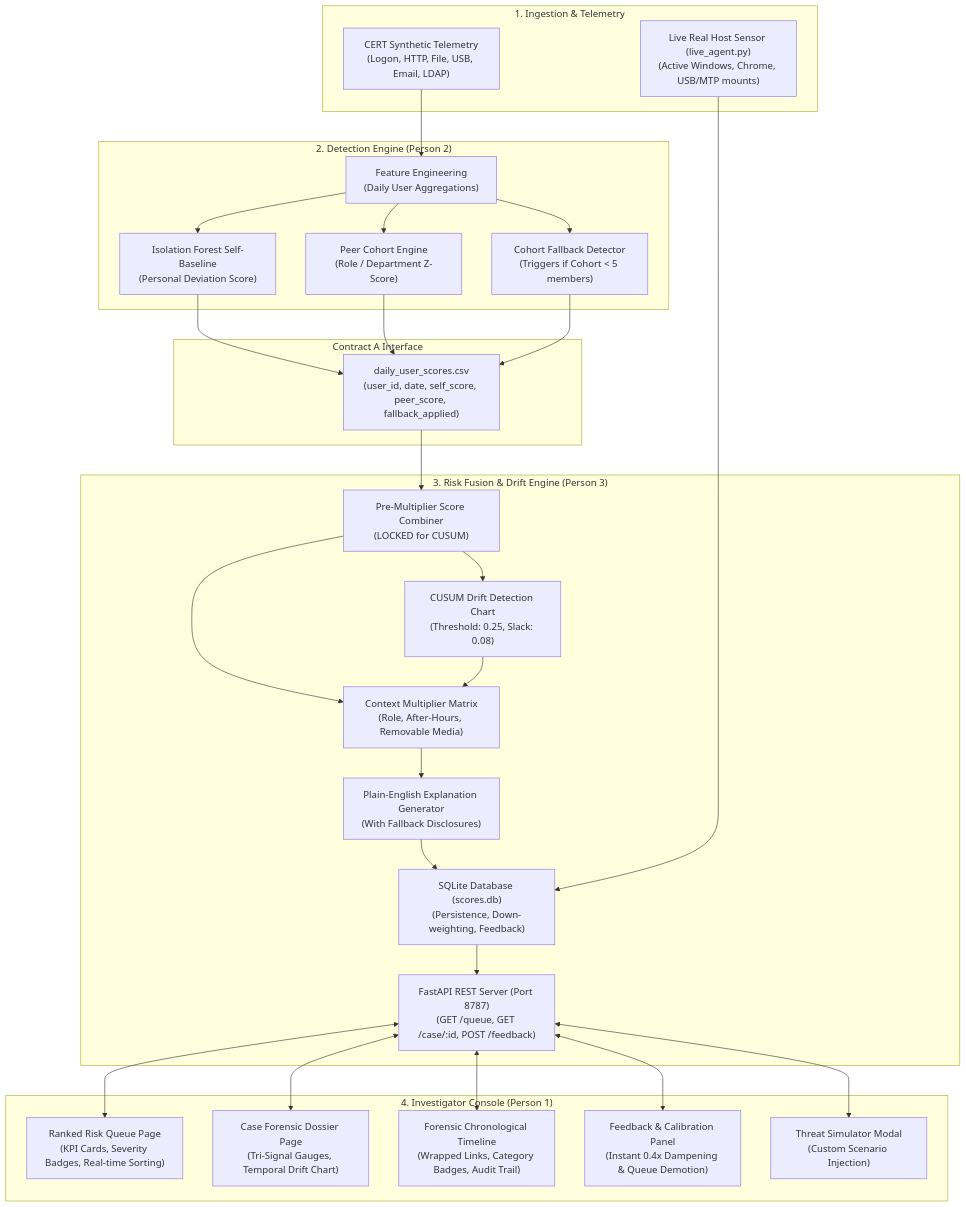
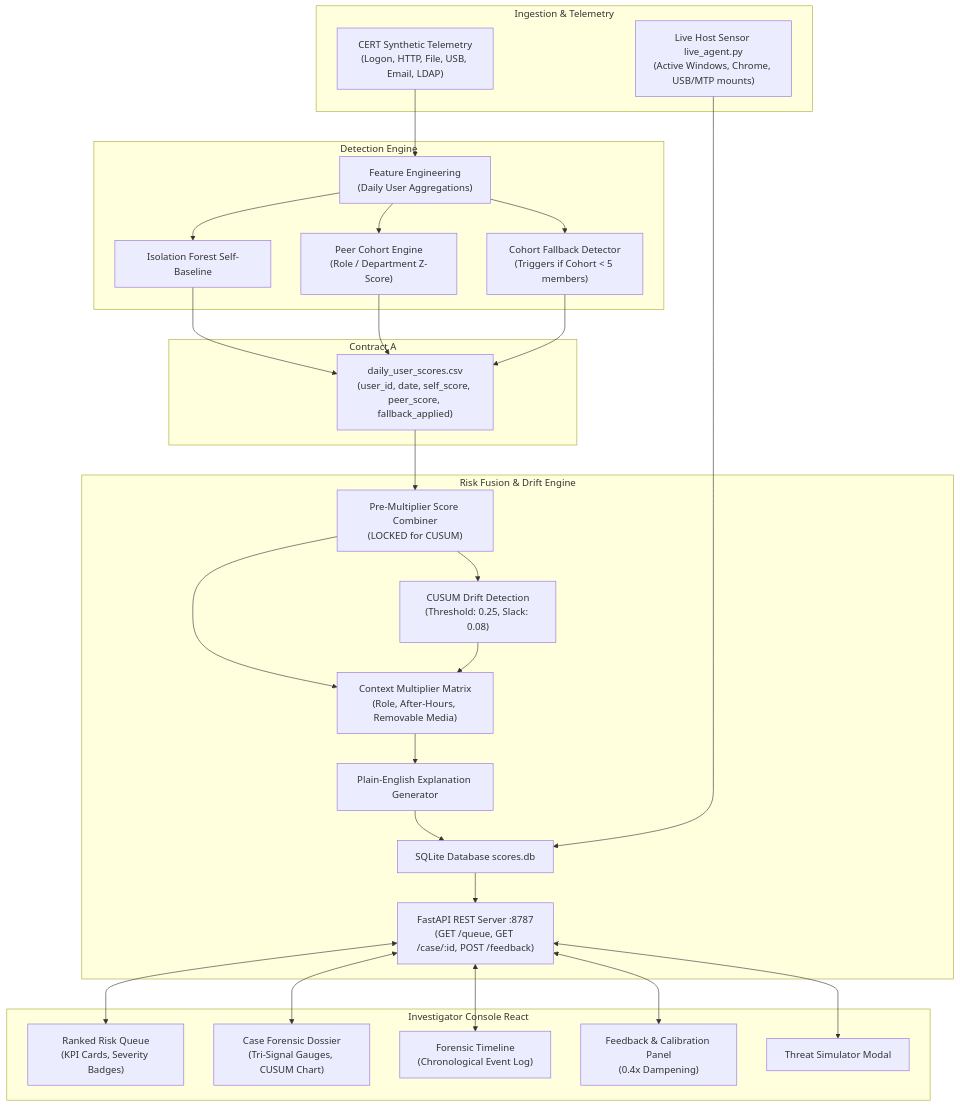
The diagram in README.md (shammazhere/mit_selection), drawn with Mermaid before and after one commit. The commit also changed other lines of this file and 8 other files, not shown here.

````diff
--- a/README.md
+++ b/README.md
@@ -53,44 +26,44 @@
 ```mermaid
 flowchart TD
-    subgraph SENSORS ["1. Ingestion & Telemetry"]
-        A1["CERT Synthetic Telemetry<br/>(Logon, HTTP, File, USB, Email, LDAP)"]
-        A2["Live Real Host Sensor (live_agent.py)<br/>(Active Windows, Chrome, USB/MTP mounts)"]
+    subgraph SENSORS ["Ingestion & Telemetry"]
+        A1["CERT Synthetic Telemetry\n(Logon, HTTP, File, USB, Email, LDAP)"]
+        A2["Live Host Sensor live_agent.py\n(Active Windows, Chrome, USB/MTP mounts)"]
     end
 
-    subgraph PERSON2 ["2. Detection Engine (Person 2)"]
-        B1["Feature Engineering<br/>(Daily User Aggregations)"]
-        B2["Isolation Forest Self-Baseline<br/>(Personal Deviation Score)"]
-        B3["Peer Cohort Engine<br/>(Role / Department Z-Score)"]
-        B4["Cohort Fallback Detector<br/>(Triggers if Cohort < 5 members)"]
+    subgraph DETECTION ["Detection Engine"]
+        B1["Feature Engineering\n(Daily User Aggregations)"]
+        B2["Isolation Forest Self-Baseline"]
+        B3["Peer Cohort Engine\n(Role / Department Z-Score)"]
+        B4["Cohort Fallback Detector\n(Triggers if Cohort < 5 members)"]
         B1 --> B2 & B3 & B4
     end
 
-    subgraph CONTRACT_A ["Contract A Interface"]
-        C1["daily_user_scores.csv<br/>(user_id, date, self_score, peer_score, fallback_applied)"]
+    subgraph CONTRACT_A ["Contract A"]
+        C1["daily_user_scores.csv\n(user_id, date, self_score, peer_score, fallback_applied)"]
     end
 
-    subgraph PERSON3 ["3. Risk Fusion & Drift Engine (Person 3)"]
-        D1["Pre-Multiplier Score Combiner<br/>(LOCKED for CUSUM)"]
-        D2["CUSUM Drift Detection Chart<br/>(Threshold: 0.25, Slack: 0.08)"]
-        D3["Context Multiplier Matrix<br/>(Role, After-Hours, Removable Media)"]
-        D4["Plain-English Explanation Generator<br/>(With Fallback Disclosures)"]
-        D5["SQLite Database (scores.db)<br/>(Persistence, Down-weighting, Feedback)"]
-        D6["FastAPI REST Server (Port 8787)<br/>(GET /queue, GET /case/:id, POST /feedback)"]
+    subgraph FUSION ["Risk Fusion & Drift Engine"]
+        D1["Pre-Multiplier Score Combiner\n(LOCKED for CUSUM)"]
+        D2["CUSUM Drift Detection\n(Threshold: 0.25, Slack: 0.08)"]
+        D3["Context Multiplier Matrix\n(Role, After-Hours, Removable Media)"]
+        D4["Plain-English Explanation Generator"]
+        D5["SQLite Database scores.db"]
+        D6["FastAPI REST Server :8787\n(GET /queue, GET /case/:id, POST /feedback)"]
         D1 --> D2
         D1 & D2 --> D3 --> D4 --> D5 --> D6
     end
 
-    subgraph PERSON1 ["4. Investigator Console (Person 1)"]
-        E1["Ranked Risk Queue Page<br/>(KPI Cards, Severity Badges, Real-time Sorting)"]
-        E2["Case Forensic Dossier Page<br/>(Tri-Signal Gauges, Temporal Drift Chart)"]
-        E3["Forensic Chronological Timeline<br/>(Wrapped Links, Category Badges, Audit Trail)"]
-        E4["Feedback & Calibration Panel<br/>(Instant 0.4x Dampening & Queue Demotion)"]
-        E5["Threat Simulator Modal<br/>(Custom Scenario Injection)"]
+    subgraph UI ["Investigator Console React"]
+        E1["Ranked Risk Queue\n(KPI Cards, Severity Badges)"]
+        E2["Case Forensic Dossier\n(Tri-Signal Gauges, CUSUM Chart)"]
+        E3["Forensic Timeline\n(Chronological Event Log)"]
+        E4["Feedback & Calibration Panel\n(0.4x Dampening)"]
+        E5["Threat Simulator Modal"]
     end
 
     A1 --> B1
     A2 --> D5
     B2 & B3 & B4 --> C1
     C1 --> D1
     D6 <--> E1 & E2 & E3 & E4 & E5
 ```
````
